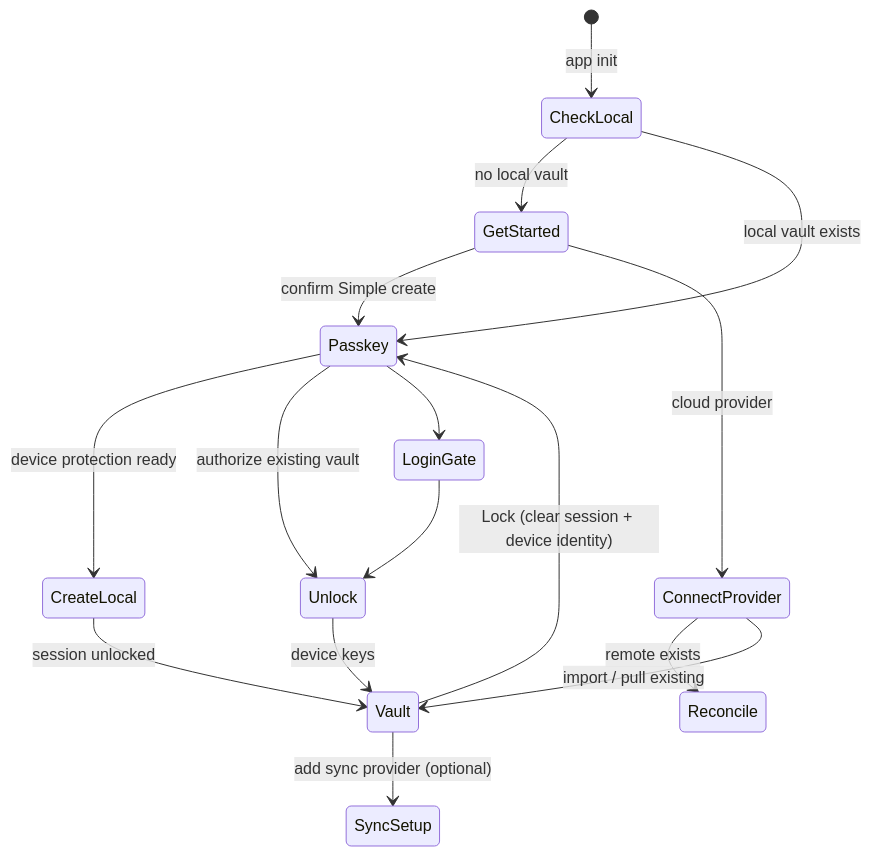
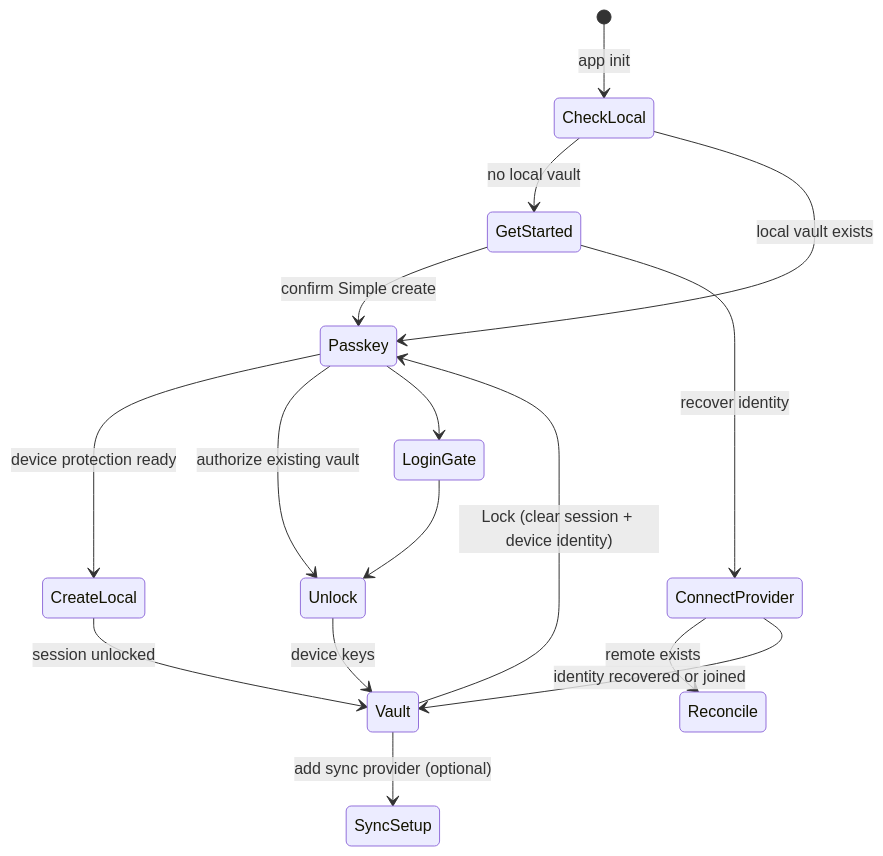
One commit to meta-secret/nook changed the third of 3 diagrams in nook-app/nook-platform/.cortex/docs/architecture/unified-vault.md. Above: the diagram before and after it, drawn with Mermaid. The commit also changed other lines of this file and 238 other files, not shown here.

````diff
--- a/nook-app/nook-platform/.cortex/docs/architecture/unified-vault.md
+++ b/nook-app/nook-platform/.cortex/docs/architecture/unified-vault.md
@@ -175,18 +175,18 @@
 ```mermaid
 stateDiagram-v2
   [*] --> CheckLocal: app init
   CheckLocal --> GetStarted: no local vault
   CheckLocal --> Passkey: local vault exists
   GetStarted --> Passkey: confirm Simple create
   Passkey --> CreateLocal: device protection ready
   Passkey --> Unlock: authorize existing vault
-  GetStarted --> ConnectProvider: cloud provider
+  GetStarted --> ConnectProvider: recover identity
   CreateLocal --> Vault: session unlocked
   ConnectProvider --> Reconcile: remote exists
-  ConnectProvider --> Vault: import / pull existing
+  ConnectProvider --> Vault: identity recovered or joined
   Unlock --> Vault: device keys
   Vault --> Passkey: Lock (clear session + device identity)
   Passkey --> LoginGate
   LoginGate --> Unlock
   Vault --> SyncSetup: add sync provider (optional)
 ```
````
